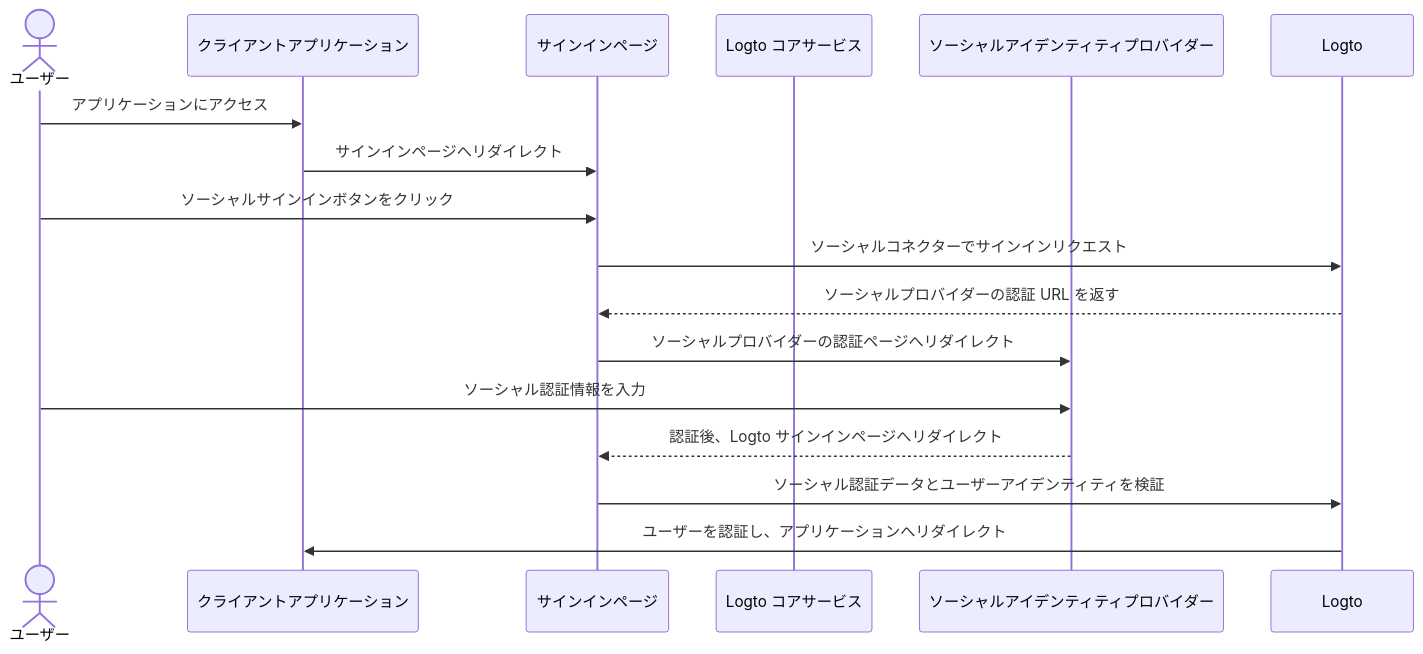
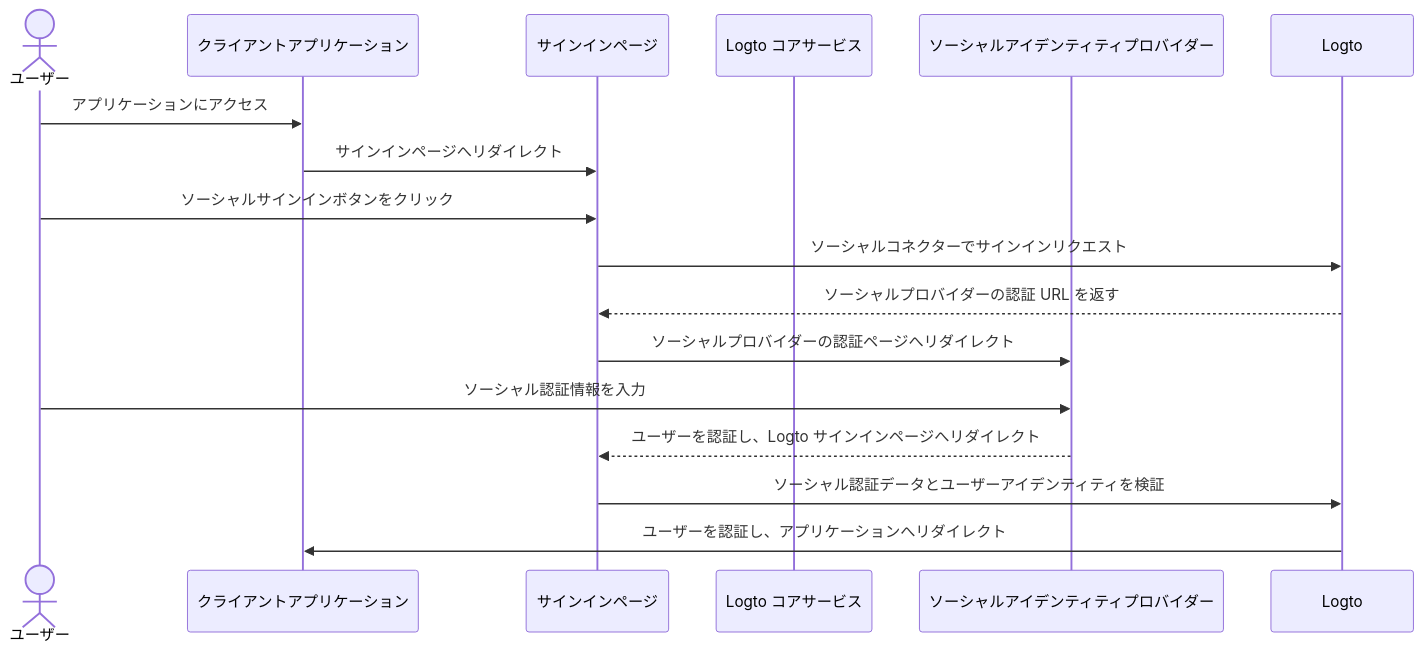
The first of 6 diagrams in i18n/ja/docusaurus-plugin-content-docs/current/end-user-flows/sign-up-and-sign-in/social-sign-in.mdx (logto-io/docs), drawn with Mermaid before and after one commit. The commit also changed other lines of this file and 666 other files, not shown here.

````diff
--- a/i18n/ja/docusaurus-plugin-content-docs/current/end-user-flows/sign-up-and-sign-in/social-sign-in.mdx
+++ b/i18n/ja/docusaurus-plugin-content-docs/current/end-user-flows/sign-up-and-sign-in/social-sign-in.mdx
@@ -42,19 +42,19 @@
 ```mermaid
 sequenceDiagram
     actor user as ユーザー
     participant app as クライアントアプリケーション
     participant experience as サインインページ
     participant logto as Logto コアサービス
     participant social as ソーシャルアイデンティティプロバイダー
 
     user->>app: アプリケーションにアクセス
     app->>experience: サインインページへリダイレクト
     user->>experience: ソーシャルサインインボタンをクリック
     experience->>Logto: ソーシャルコネクターでサインインリクエスト
     Logto-->>experience: ソーシャルプロバイダーの認証 URL を返す
     experience->>social: ソーシャルプロバイダーの認証ページへリダイレクト
     user->>social: ソーシャル認証情報を入力
-    social-->>experience: 認証後、Logto サインインページへリダイレクト
+    social-->>experience: ユーザーを認証し、Logto サインインページへリダイレクト
     experience->>Logto: ソーシャル認証データとユーザーアイデンティティを検証
     Logto->>app: ユーザーを認証し、アプリケーションへリダイレクト
 ```
````
